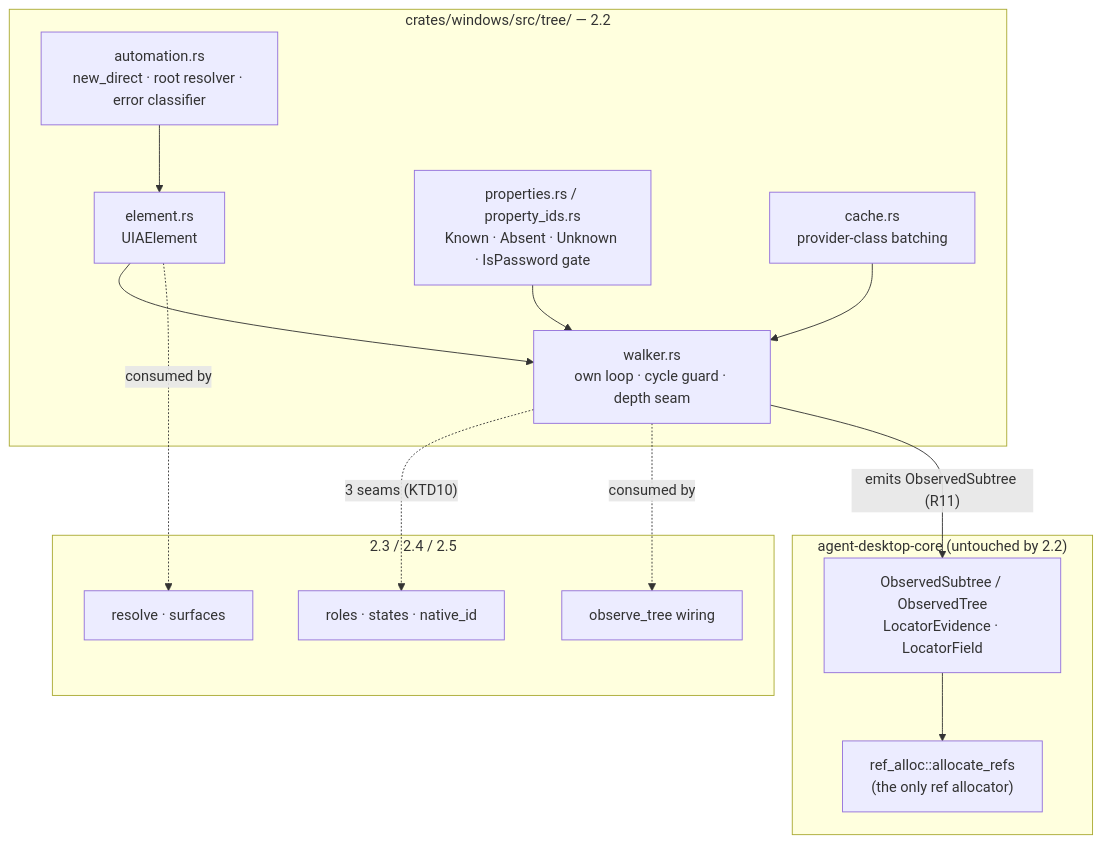
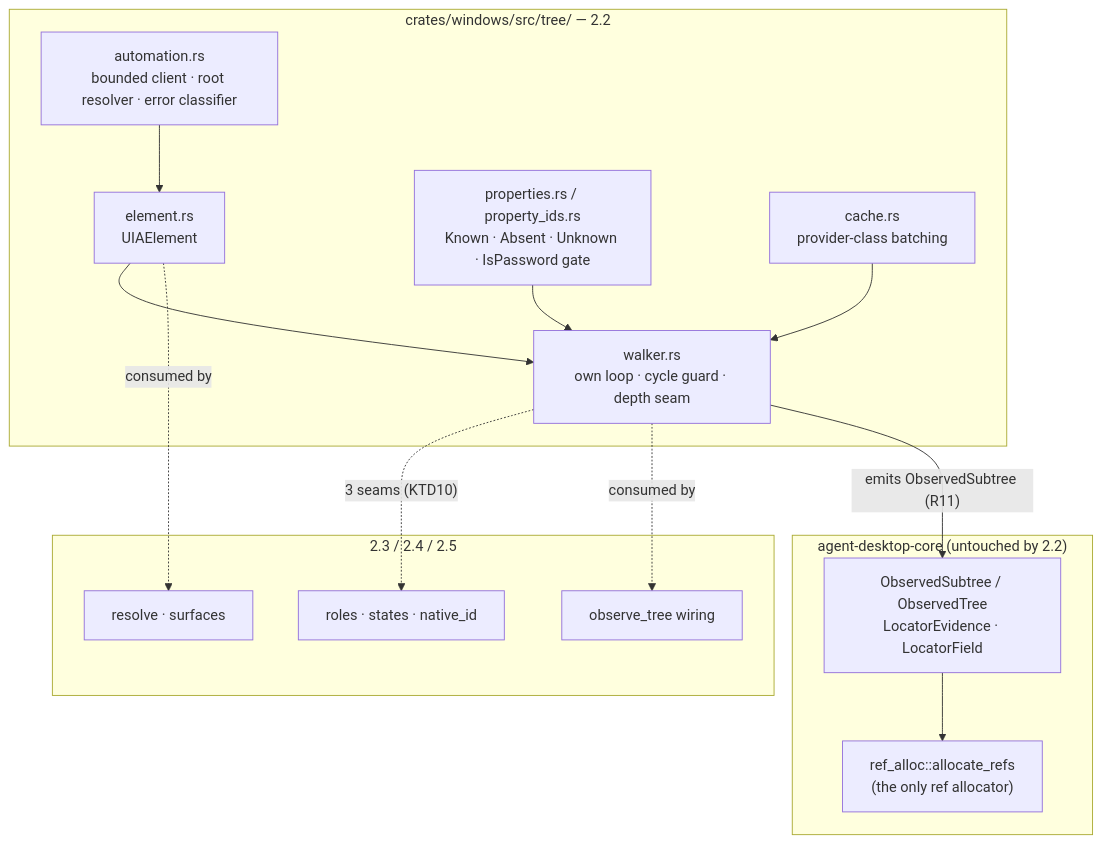
One commit to lahfir/agent-desktop changed the first of 2 diagrams in docs/plans/2026-07-27-002-feat-windows-uia-element-tree-walk-plan.md. Above: the diagram before and after it, drawn with Mermaid. The commit also changed other lines of this file and 1 other file, not shown here.

````diff
--- a/docs/plans/2026-07-27-002-feat-windows-uia-element-tree-walk-plan.md
+++ b/docs/plans/2026-07-27-002-feat-windows-uia-element-tree-walk-plan.md
@@ -115,28 +116,28 @@
 ```mermaid
 flowchart TB
   subgraph core["agent-desktop-core (untouched by 2.2)"]
     OT["ObservedSubtree / ObservedTree<br/>LocatorEvidence · LocatorField"]
     RA["ref_alloc::allocate_refs<br/>(the only ref allocator)"]
     OT --> RA
   end
   subgraph win22["crates/windows/src/tree/ — 2.2"]
-    AU["automation.rs<br/>new_direct · root resolver · error classifier"]
+    AU["automation.rs<br/>bounded client · root resolver · error classifier"]
     EL["element.rs<br/>UIAElement"]
     PR["properties.rs / property_ids.rs<br/>Known · Absent · Unknown · IsPassword gate"]
     WK["walker.rs<br/>own loop · cycle guard · depth seam"]
     CA["cache.rs<br/>provider-class batching"]
     AU --> EL
     EL --> WK
     PR --> WK
     CA --> WK
   end
   subgraph later["2.3 / 2.4 / 2.5"]
     V["roles · states · native_id"]
     OB["observe_tree wiring"]
     RS["resolve · surfaces"]
   end
   WK -. "3 seams (KTD10)" .-> V
   WK -. "consumed by" .-> OB
   EL -. "consumed by" .-> RS
   WK -->|"emits ObservedSubtree (R11)"| OT
 ```
````
